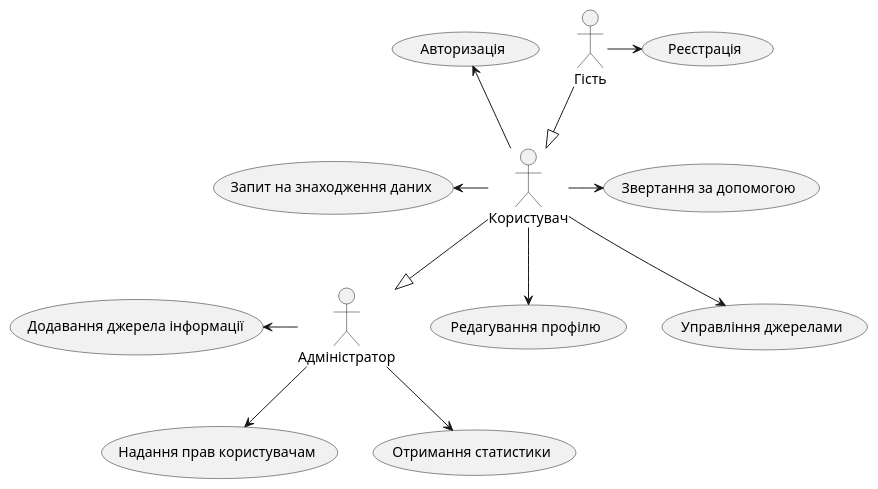
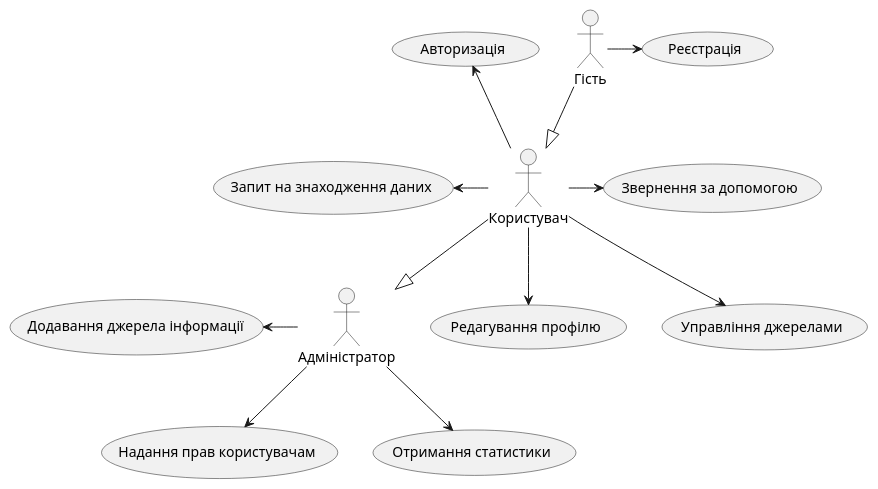
Before and after one commit to ziyaa04/media-content-analyze-system: the first of 10 diagrams in docs/use cases/README.md, drawn with PlantUML. The commit also changed other lines of this file, not shown here.

```diff
--- a/docs/use cases/README.md
+++ b/docs/use cases/README.md
@@ -7,34 +7,34 @@
 @startuml  
 
     actor "Гість" as Guest  
     actor "Користувач" as User  
     actor "Адміністратор" as Admin  
   
     Guest  --|> User  
     User  --|> Admin 
 
     usecase "Реєстрація" as Registration  
 
     usecase "Авторизація" as Login  
     usecase "Запит на знаходження даних" as Search  
     usecase "Редагування профілю" as Edit  
     usecase "Управління джерелами" as Sources  
-    usecase "Звертання за допомогою" as Help  
+    usecase "Звернення за допомогою" as Help  
 
     usecase "Додавання джерела інформації" as AddSource  
     usecase "Надання прав користувачам" as Rights  
     usecase "Отримання статистики" as Statistic  
 
     Guest -> Registration  
 
     User -u-> Login  
     User -l-> Search  
     User --> Edit  
     User -> Help  
     User --> Sources  
 
     Admin -l-> AddSource  
     Admin --> Rights  
     Admin --> Statistic  
 
 @enduml  
```
